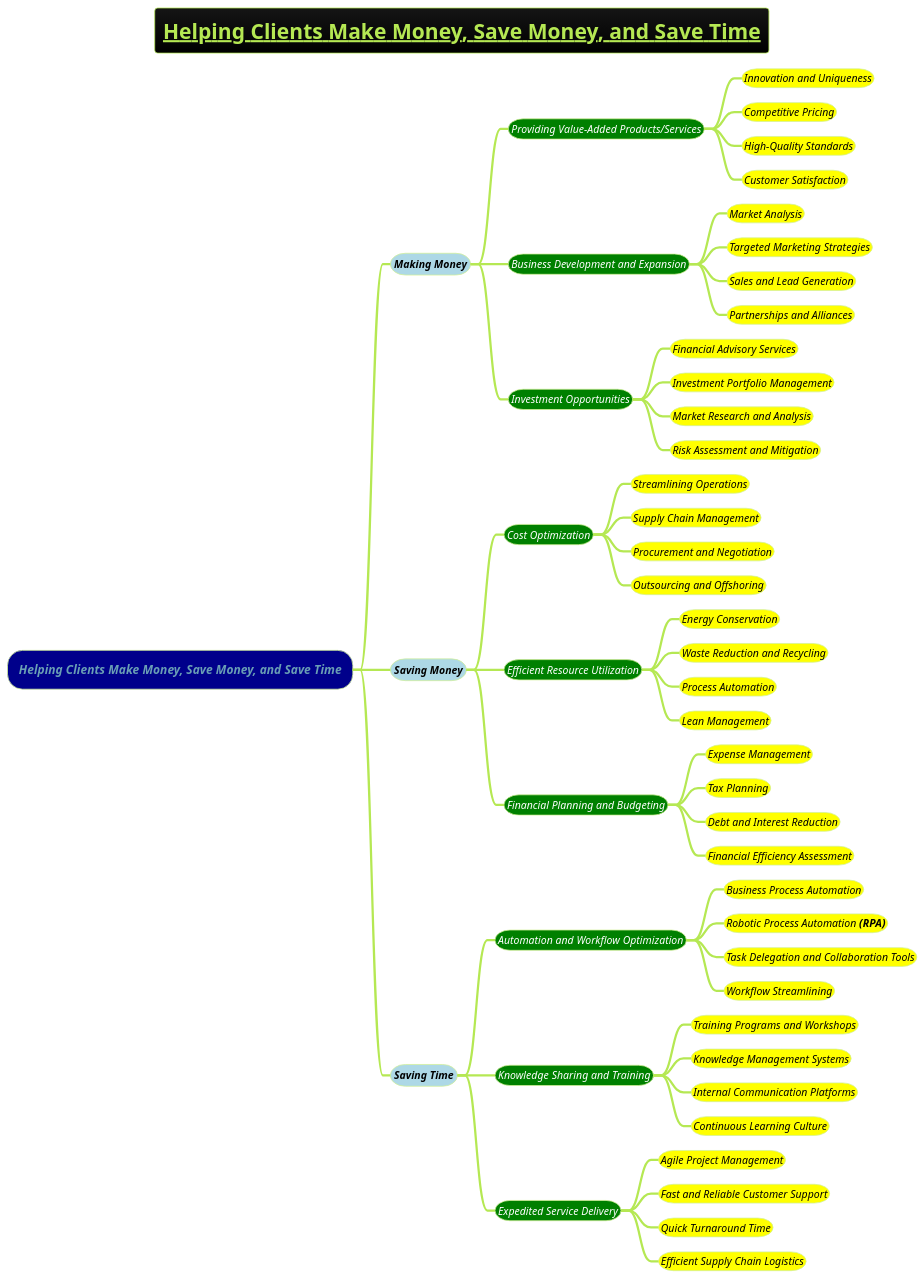
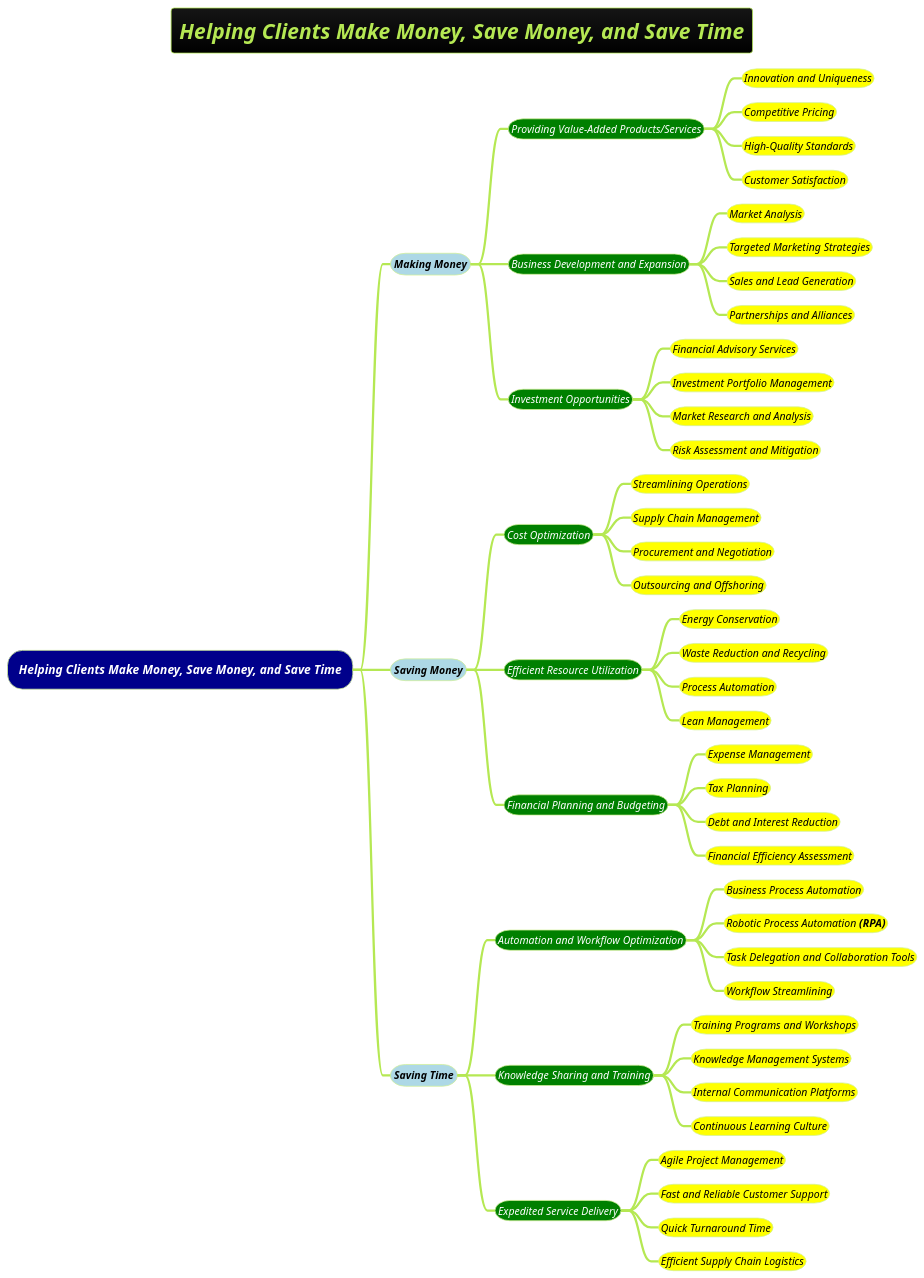
One commit to MehmoodHashmi/Documentation-as-Code-DaC changed the diagram in docs/1-business-analyst/client-management/Helping-Clients-Make-Money-Save-Money-and-Save-Time.puml. Above: the diagram before and after it, drawn with PlantUML. The commit also changed 6 other files, not shown here.

```diff
--- a/docs/1-business-analyst/client-management/Helping-Clients-Make-Money-Save-Money-and-Save-Time.puml
+++ b/docs/1-business-analyst/client-management/Helping-Clients-Make-Money-Save-Money-and-Save-Time.puml
@@ -1,55 +1,55 @@
 @startmindmap
-title =__Helping Clients Make Money, Save Money, and Save Time__
+title =<i>Helping Clients Make Money, Save Money, and Save Time
 !theme hacker
 
-*[#darkblue] <i>Helping Clients Make Money, Save Money, and Save Time
+*[#darkblue] <i><color #white>Helping Clients Make Money, Save Money, and Save Time
 **[#lightblue] <i><size:14><color #black>Making Money
 ***[#green] <i><size:14><color #white>Providing Value-Added Products/Services
 ****[#yellow] <i><size:14><color #black>Innovation and Uniqueness
 ****[#yellow] <i><size:14><color #black>Competitive Pricing
 ****[#yellow] <i><size:14><color #black>High-Quality Standards
 ****[#yellow] <i><size:14><color #black>Customer Satisfaction
 ***[#green] <i><size:14><color #white>Business Development and Expansion
 ****[#yellow] <i><size:14><color #black>Market Analysis
 ****[#yellow] <i><size:14><color #black>Targeted Marketing Strategies
 ****[#yellow] <i><size:14><color #black>Sales and Lead Generation
 ****[#yellow] <i><size:14><color #black>Partnerships and Alliances
 ***[#green] <i><size:14><color #white>Investment Opportunities
 ****[#yellow] <i><size:14><color #black>Financial Advisory Services
 ****[#yellow] <i><size:14><color #black>Investment Portfolio Management
 ****[#yellow] <i><size:14><color #black>Market Research and Analysis
 ****[#yellow] <i><size:14><color #black>Risk Assessment and Mitigation
 **[#lightblue] <i><size:14><color #black>Saving Money
 ***[#green] <i><size:14><color #white>Cost Optimization
 ****[#yellow] <i><size:14><color #black>Streamlining Operations
 ****[#yellow] <i><size:14><color #black>Supply Chain Management
 ****[#yellow] <i><size:14><color #black>Procurement and Negotiation
 ****[#yellow] <i><size:14><color #black>Outsourcing and Offshoring
 ***[#green] <i><size:14><color #white>Efficient Resource Utilization
 ****[#yellow] <i><size:14><color #black>Energy Conservation
 ****[#yellow] <i><size:14><color #black>Waste Reduction and Recycling
 ****[#yellow] <i><size:14><color #black>Process Automation
 ****[#yellow] <i><size:14><color #black>Lean Management
 ***[#green] <i><size:14><color #white>Financial Planning and Budgeting
 ****[#yellow] <i><size:14><color #black>Expense Management
 ****[#yellow] <i><size:14><color #black>Tax Planning
 ****[#yellow] <i><size:14><color #black>Debt and Interest Reduction
 ****[#yellow] <i><size:14><color #black>Financial Efficiency Assessment
 **[#lightblue] <i><size:14><color #black>Saving Time
 ***[#green] <i><size:14><color #white>Automation and Workflow Optimization
 ****[#yellow] <i><size:14><color #black>Business Process Automation
 ****[#yellow] <i><size:14><color #black>Robotic Process Automation **(RPA)**
 ****[#yellow] <i><size:14><color #black>Task Delegation and Collaboration Tools
 ****[#yellow] <i><size:14><color #black>Workflow Streamlining
 ***[#green] <i><size:14><color #white>Knowledge Sharing and Training
 ****[#yellow] <i><size:14><color #black>Training Programs and Workshops
 ****[#yellow] <i><size:14><color #black>Knowledge Management Systems
 ****[#yellow] <i><size:14><color #black>Internal Communication Platforms
 ****[#yellow] <i><size:14><color #black>Continuous Learning Culture
 ***[#green] <i><size:14><color #white>Expedited Service Delivery
 ****[#yellow] <i><size:14><color #black>Agile Project Management
 ****[#yellow] <i><size:14><color #black>Fast and Reliable Customer Support
 ****[#yellow] <i><size:14><color #black>Quick Turnaround Time
 ****[#yellow] <i><size:14><color #black>Efficient Supply Chain Logistics
 
 @endmindmap
```
